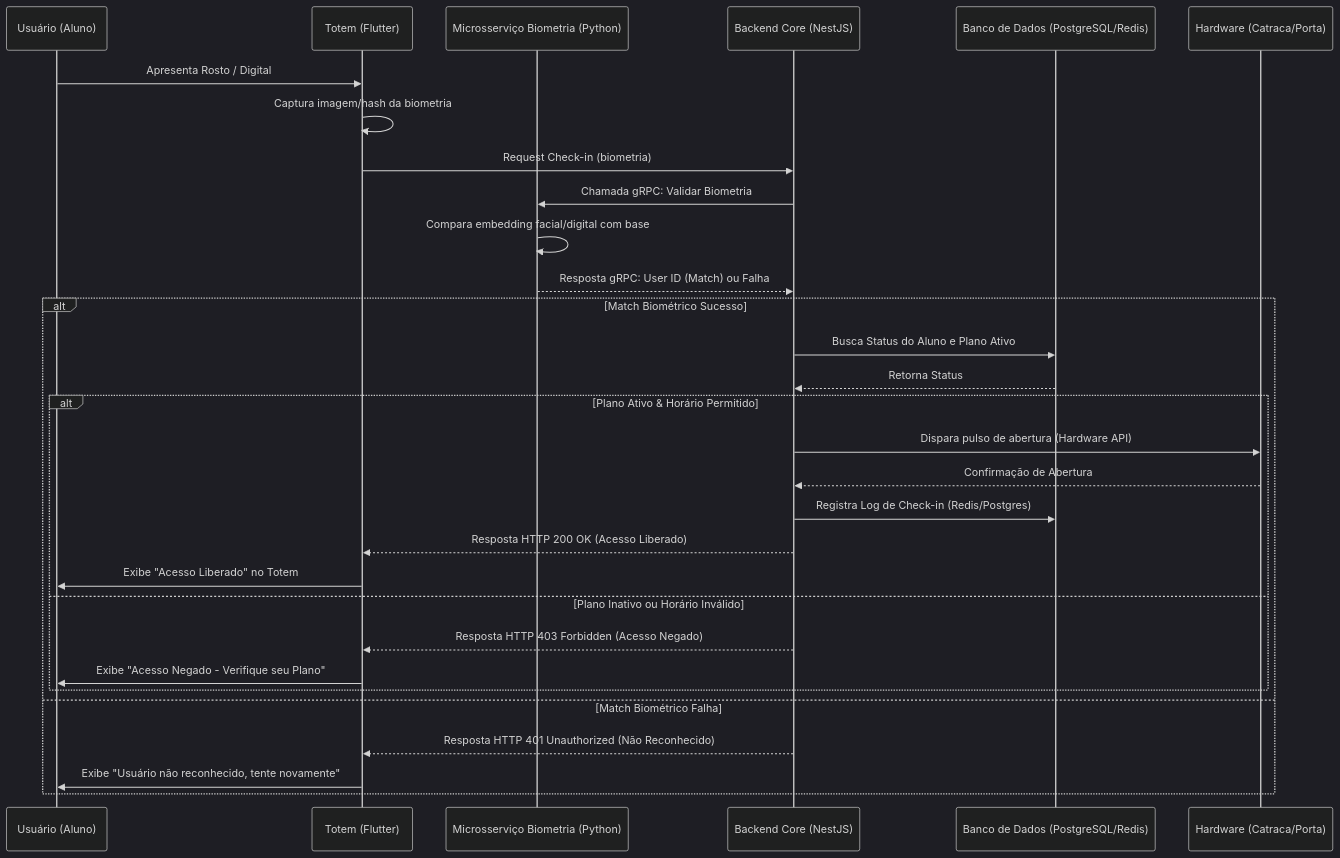
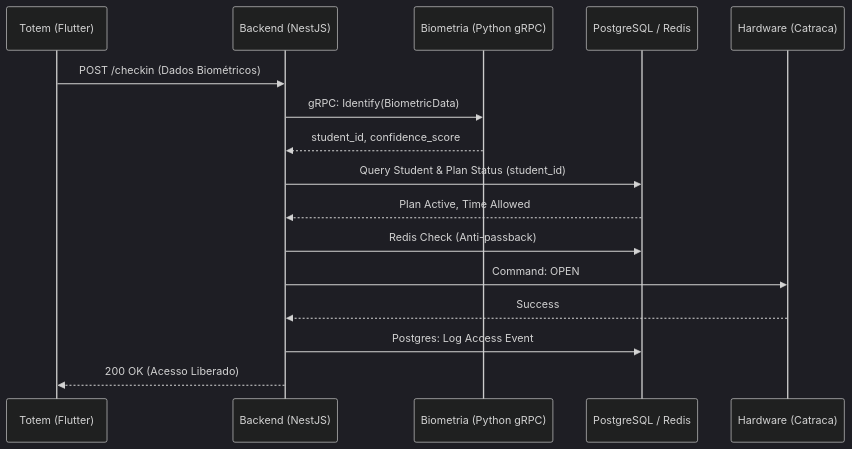
The diagram in gym-checkin-system/ARCHITECTURE.md (juninmd/auto-wellhub-checkin), drawn with Mermaid (dark theme) before and after one commit. The commit also changed other lines of this file and 2 other files, not shown here.

Commit message:
chore: add protobuf contract and update architecture diagram (#23)

````diff
--- a/gym-checkin-system/ARCHITECTURE.md
+++ b/gym-checkin-system/ARCHITECTURE.md
@@ -14,35 +33,19 @@
 ```mermaid
 sequenceDiagram
-    participant U as Usuário (Aluno)
-    participant T as Totem (Flutter)
-    participant B as Microsserviço Biometria (Python)
-    participant N as Backend Core (NestJS)
-    participant DB as Banco de Dados (PostgreSQL/Redis)
-    participant H as Hardware (Catraca/Porta)
+    participant Totem as Totem (Flutter)
+    participant NestJS as Backend (NestJS)
+    participant Python as Biometria (Python gRPC)
+    participant DB as PostgreSQL / Redis
+    participant Catraca as Hardware (Catraca)
 
-    U->>T: Apresenta Rosto / Digital
-    T->>T: Captura imagem/hash da biometria
-    T->>N: Request Check-in (biometria)
-    N->>B: Chamada gRPC: Validar Biometria
-    B->>B: Compara embedding facial/digital com base
-    B-->>N: Resposta gRPC: User ID (Match) ou Falha
-
-    alt Match Biométrico Sucesso
-        N->>DB: Busca Status do Aluno e Plano Ativo
-        DB-->>N: Retorna Status
-
-        alt Plano Ativo & Horário Permitido
-            N->>H: Dispara pulso de abertura (Hardware API)
-            H-->>N: Confirmação de Abertura
-            N->>DB: Registra Log de Check-in (Redis/Postgres)
-            N-->>T: Resposta HTTP 200 OK (Acesso Liberado)
-            T->>U: Exibe "Acesso Liberado" no Totem
-        else Plano Inativo ou Horário Inválido
-            N-->>T: Resposta HTTP 403 Forbidden (Acesso Negado)
-            T->>U: Exibe "Acesso Negado - Verifique seu Plano"
-        end
-    else Match Biométrico Falha
-        N-->>T: Resposta HTTP 401 Unauthorized (Não Reconhecido)
-        T->>U: Exibe "Usuário não reconhecido, tente novamente"
-    end
+    Totem->>NestJS: POST /checkin (Dados Biométricos)
+    NestJS->>Python: gRPC: Identify(BiometricData)
+    Python-->>NestJS: student_id, confidence_score
+    NestJS->>DB: Query Student & Plan Status (student_id)
+    DB-->>NestJS: Plan Active, Time Allowed
+    NestJS->>DB: Redis Check (Anti-passback)
+    NestJS->>Catraca: Command: OPEN
+    Catraca-->>NestJS: Success
+    NestJS->>DB: Postgres: Log Access Event
+    NestJS-->>Totem: 200 OK (Acesso Liberado)
 ```
````
